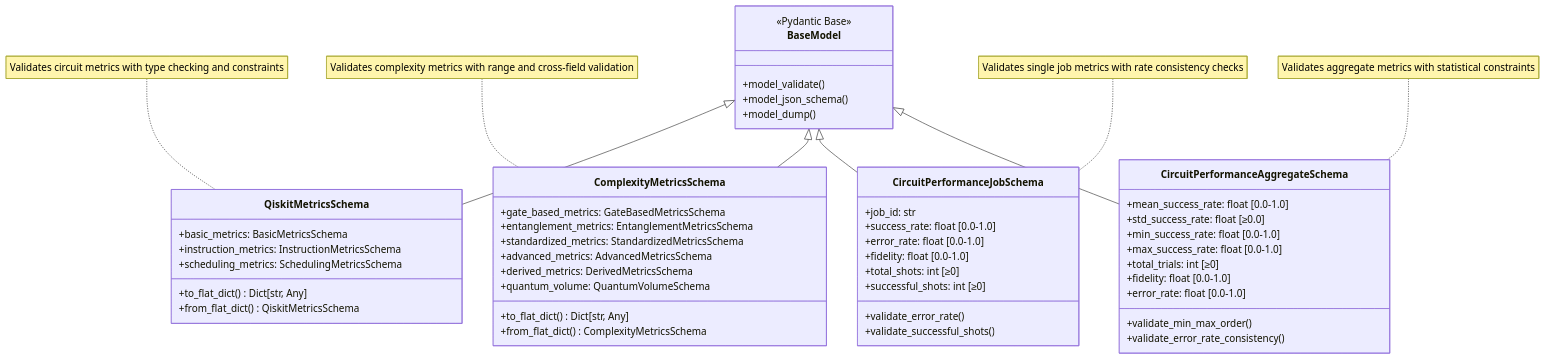
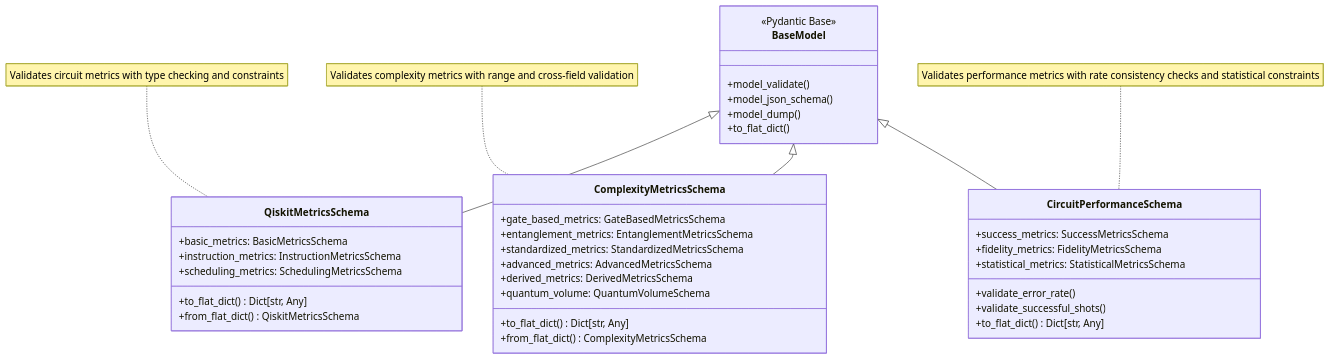
One commit to xthecapx/qiskit-qward changed the second of 4 diagrams in docs/architecture.md. Above: the diagram before and after it, drawn with Mermaid. The commit also changed other lines of this file and 9 other files, not shown here.

First line of the commit message:
Refactor metrics API for unified schema-based architecture

````diff
--- a/docs/architecture.md
+++ b/docs/architecture.md
@@ -106,65 +92,50 @@
 ```{mermaid}
 classDiagram
     %% Schema Validation Architecture
     
     class BaseModel {
         <<Pydantic Base>>
         +model_validate()
         +model_json_schema()
         +model_dump()
+        +to_flat_dict()
     }
     
     class QiskitMetricsSchema {
         +basic_metrics: BasicMetricsSchema
         +instruction_metrics: InstructionMetricsSchema
         +scheduling_metrics: SchedulingMetricsSchema
         +to_flat_dict() Dict[str, Any]
         +from_flat_dict() QiskitMetricsSchema
     }
     
     class ComplexityMetricsSchema {
         +gate_based_metrics: GateBasedMetricsSchema
         +entanglement_metrics: EntanglementMetricsSchema
         +standardized_metrics: StandardizedMetricsSchema
         +advanced_metrics: AdvancedMetricsSchema
         +derived_metrics: DerivedMetricsSchema
         +quantum_volume: QuantumVolumeSchema
         +to_flat_dict() Dict[str, Any]
         +from_flat_dict() ComplexityMetricsSchema
     }
     
-    class CircuitPerformanceJobSchema {
-        +job_id: str
-        +success_rate: float [0.0-1.0]
-        +error_rate: float [0.0-1.0]
-        +fidelity: float [0.0-1.0]
-        +total_shots: int [≥0]
-        +successful_shots: int [≥0]
+    class CircuitPerformanceSchema {
+        +success_metrics: SuccessMetricsSchema
+        +fidelity_metrics: FidelityMetricsSchema
+        +statistical_metrics: StatisticalMetricsSchema
         +validate_error_rate()
         +validate_successful_shots()
-    }
-    
-    class CircuitPerformanceAggregateSchema {
-        +mean_success_rate: float [0.0-1.0]
-        +std_success_rate: float [≥0.0]
-        +min_success_rate: float [0.0-1.0]
-        +max_success_rate: float [0.0-1.0]
-        +total_trials: int [≥0]
-        +fidelity: float [0.0-1.0]
-        +error_rate: float [0.0-1.0]
-        +validate_min_max_order()
-        +validate_error_rate_consistency()
+        +to_flat_dict() Dict[str, Any]
     }
 
     %% Inheritance
     BaseModel <|-- QiskitMetricsSchema
     BaseModel <|-- ComplexityMetricsSchema
-    BaseModel <|-- CircuitPerformanceJobSchema
-    BaseModel <|-- CircuitPerformanceAggregateSchema
+    BaseModel <|-- CircuitPerformanceSchema
 
     %% Validation Features
     note for QiskitMetricsSchema "Validates circuit metrics with type checking and constraints"
     note for ComplexityMetricsSchema "Validates complexity metrics with range and cross-field validation"
-    note for CircuitPerformanceJobSchema "Validates single job metrics with rate consistency checks"
-    note for CircuitPerformanceAggregateSchema "Validates aggregate metrics with statistical constraints"
+    note for CircuitPerformanceSchema "Validates performance metrics with rate consistency checks and statistical constraints"
 ```
````
